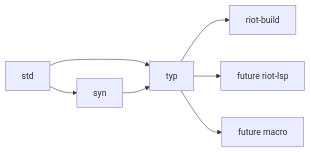
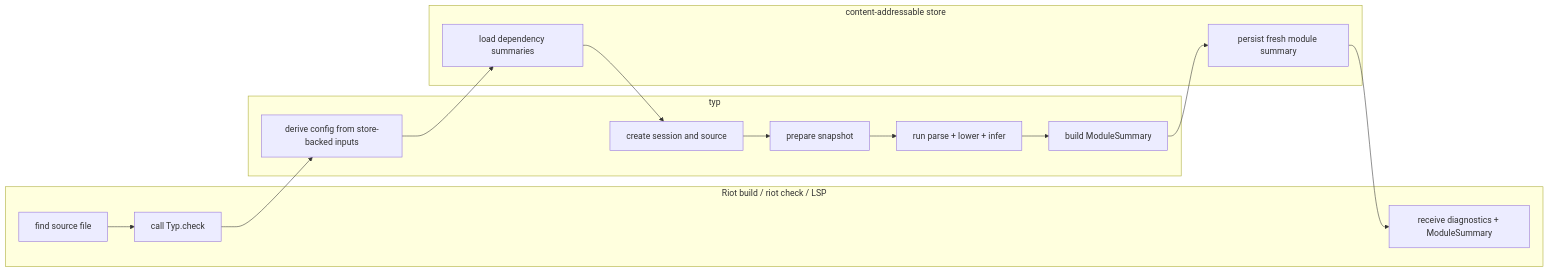
One commit to leostera/riot-lang changed the second of 2 diagrams in docs/rfds/RFD0030-typ-incremental-library-first-typechecker.md. Above: the diagram before and after it, drawn with Mermaid. The commit also changed other lines of this file and 1 other file, not shown here.

Commit message:
docs: refresh typ and toolchain documentation

````diff
--- a/docs/rfds/RFD0030-typ-incremental-library-first-typechecker.md
+++ b/docs/rfds/RFD0030-typ-incremental-library-first-typechecker.md
@@ -208,9 +160,24 @@
 ```mermaid
 flowchart LR
-  A[std] --> B[syn]
-  A --> C[typ]
-  B --> C
-  C --> D[riot-build]
-  C --> E[future riot-lsp]
-  C --> F[future macro]
+  subgraph Host["Riot build / riot check / LSP"]
+    H1[find source file]
+    H2[call Typ.check]
+    H3[receive diagnostics + ModuleSummary]
+  end
+
+  subgraph Typ["typ"]
+    T1[derive config from store-backed inputs]
+    T2[create session and source]
+    T3[prepare snapshot]
+    T4[run parse + lower + infer]
+    T5[build ModuleSummary]
+  end
+
+  subgraph Store["content-addressable store"]
+    S1[load dependency summaries]
+    S2[persist fresh module summary]
+  end
+
+  H1 --> H2 --> T1
+  T1 --> S1 --> T2 --> T3 --> T4 --> T5 --> S2 --> H3
 ```
````
